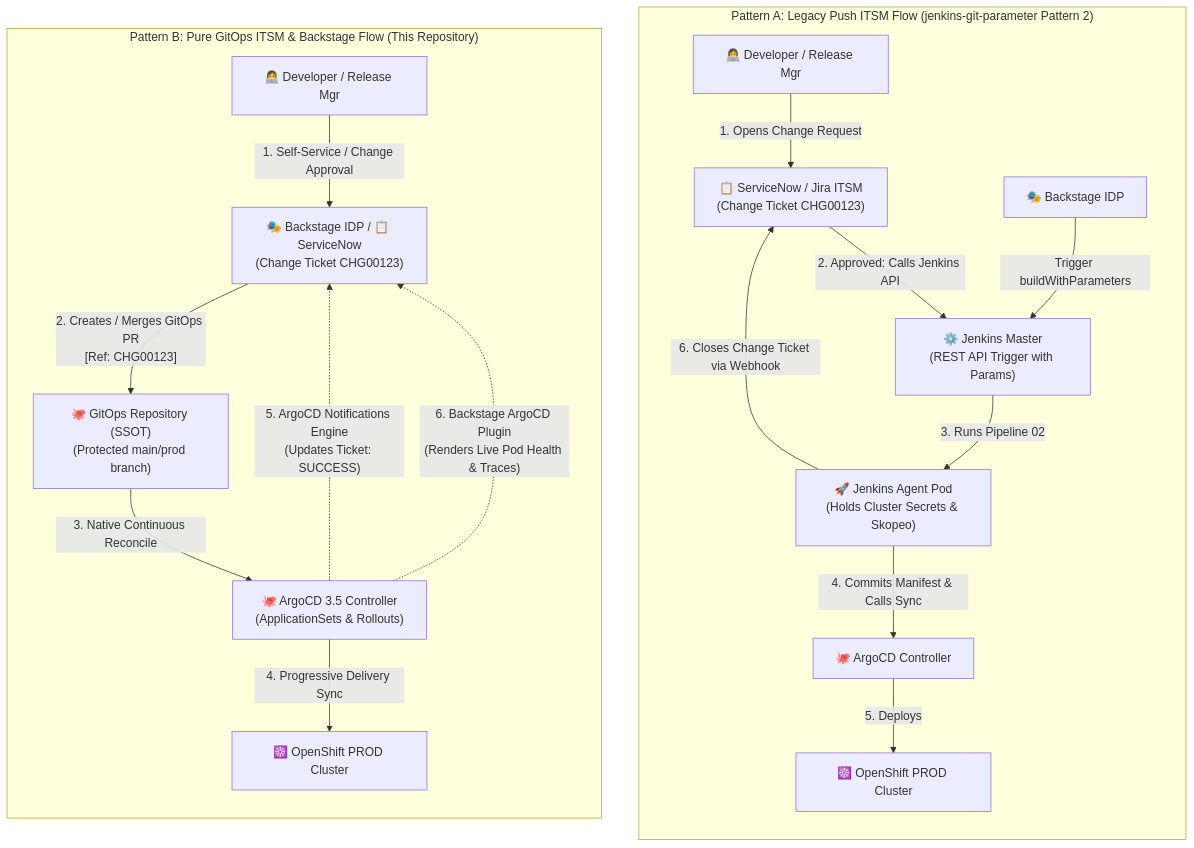
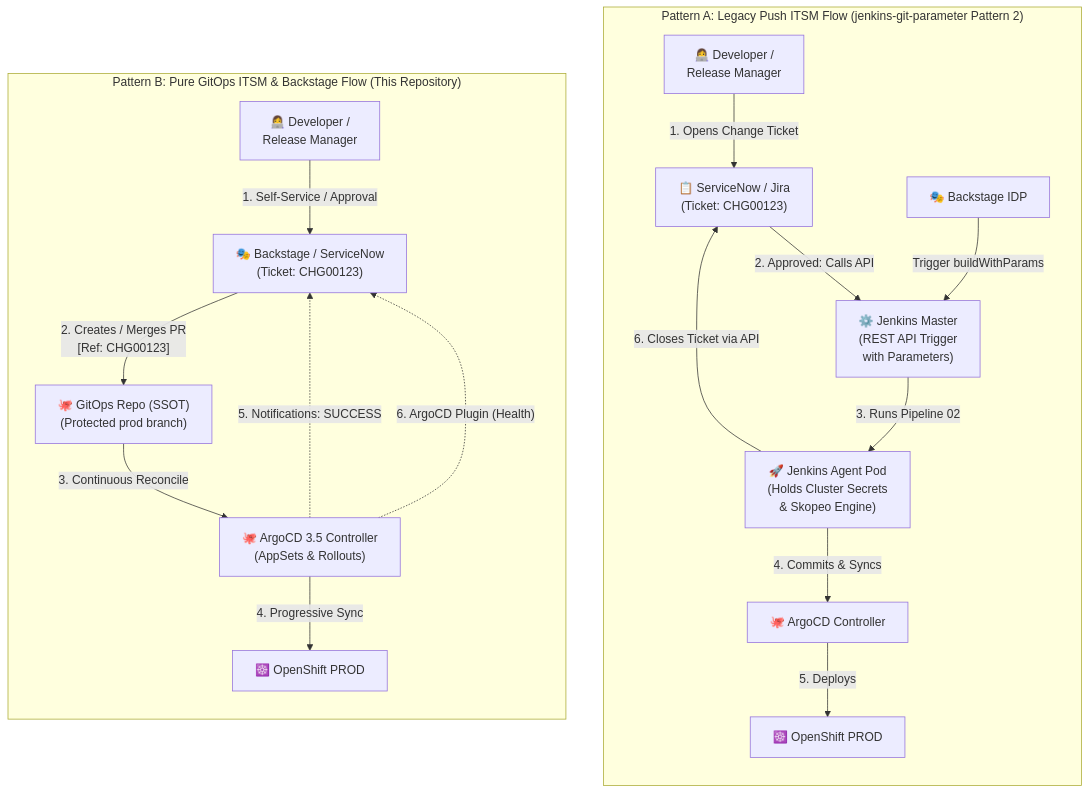
Before and after one commit to nubenetes/jenkins-without-git-parameter: the fourth of 14 diagrams in README.md, drawn with Mermaid. The commit also changed other lines of this file, not shown here.

Commit message:
fix(mermaid): shorten sequence labels, break long arrow chains, and compact subgraph titles

````diff
--- a/README.md
+++ b/README.md
@@ -426,24 +426,24 @@
 ```mermaid
 flowchart TB
     subgraph LegacyITSM["Pattern A: Legacy Push ITSM Flow (jenkins-git-parameter Pattern 2)"]
         direction TB
-        DevA["👩‍💻 Developer / Release Mgr"] -->|"1. Opens Change Request"| ITSMA["📋 ServiceNow / Jira ITSM<br/>(Change Ticket CHG00123)"]
-        ITSMA -->|"2. Approved: Calls Jenkins API"| JMasterA["⚙️ Jenkins Master<br/>(REST API Trigger with Params)"]
-        JMasterA -->|"3. Runs Pipeline 02"| JAgentA["🚀 Jenkins Agent Pod<br/>(Holds Cluster Secrets & Skopeo)"]
-        JAgentA -->|"4. Commits Manifest & Calls Sync"| ArgoA["🐙 ArgoCD Controller"]
-        ArgoA -->|"5. Deploys"| K8sA["☸️ OpenShift PROD Cluster"]
-        JAgentA -->|"6. Closes Change Ticket via Webhook"| ITSMA
-        BackstageA["🎭 Backstage IDP"] -->|"Trigger buildWithParameters"| JMasterA
+        DevA["👩‍💻 Developer /<br/>Release Manager"] -->|"1. Opens Change Ticket"| ITSMA["📋 ServiceNow / Jira<br/>(Ticket: CHG00123)"]
+        ITSMA -->|"2. Approved: Calls API"| JMasterA["⚙️ Jenkins Master<br/>(REST API Trigger<br/>with Parameters)"]
+        JMasterA -->|"3. Runs Pipeline 02"| JAgentA["🚀 Jenkins Agent Pod<br/>(Holds Cluster Secrets<br/>& Skopeo Engine)"]
+        JAgentA -->|"4. Commits & Syncs"| ArgoA["🐙 ArgoCD Controller"]
+        ArgoA -->|"5. Deploys"| K8sA["☸️ OpenShift PROD"]
+        JAgentA -->|"6. Closes Ticket via API"| ITSMA
+        BackstageA["🎭 Backstage IDP"] -->|"Trigger buildWithParams"| JMasterA
     end
 
     subgraph PureGitOpsITSM["Pattern B: Pure GitOps ITSM & Backstage Flow (This Repository)"]
         direction TB
-        DevB["👩‍💻 Developer / Release Mgr"] -->|"1. Self-Service / Change Approval"| PortalB["🎭 Backstage IDP / 📋 ServiceNow<br/>(Change Ticket CHG00123)"]
-        PortalB -->|"2. Creates / Merges GitOps PR<br/>[Ref: CHG00123]"| GitB["🐙 GitOps Repository (SSOT)<br/>(Protected main/prod branch)"]
-        GitB -->|"3. Native Continuous Reconcile"| ArgoB["🐙 ArgoCD 3.5 Controller<br/>(ApplicationSets & Rollouts)"]
-        ArgoB -->|"4. Progressive Delivery Sync"| K8sB["☸️ OpenShift PROD Cluster"]
+        DevB["👩‍💻 Developer /<br/>Release Manager"] -->|"1. Self-Service / Approval"| PortalB["🎭 Backstage / ServiceNow<br/>(Ticket: CHG00123)"]
+        PortalB -->|"2. Creates / Merges PR<br/>[Ref: CHG00123]"| GitB["🐙 GitOps Repo (SSOT)<br/>(Protected prod branch)"]
+        GitB -->|"3. Continuous Reconcile"| ArgoB["🐙 ArgoCD 3.5 Controller<br/>(AppSets & Rollouts)"]
+        ArgoB -->|"4. Progressive Sync"| K8sB["☸️ OpenShift PROD"]
         
-        ArgoB -.->|"5. ArgoCD Notifications Engine<br/>(Updates Ticket: SUCCESS)"| PortalB
-        ArgoB -.->|"6. Backstage ArgoCD Plugin<br/>(Renders Live Pod Health & Traces)"| PortalB
+        ArgoB -.->|"5. Notifications: SUCCESS"| PortalB
+        ArgoB -.->|"6. ArgoCD Plugin (Health)"| PortalB
     end
 ```
````
